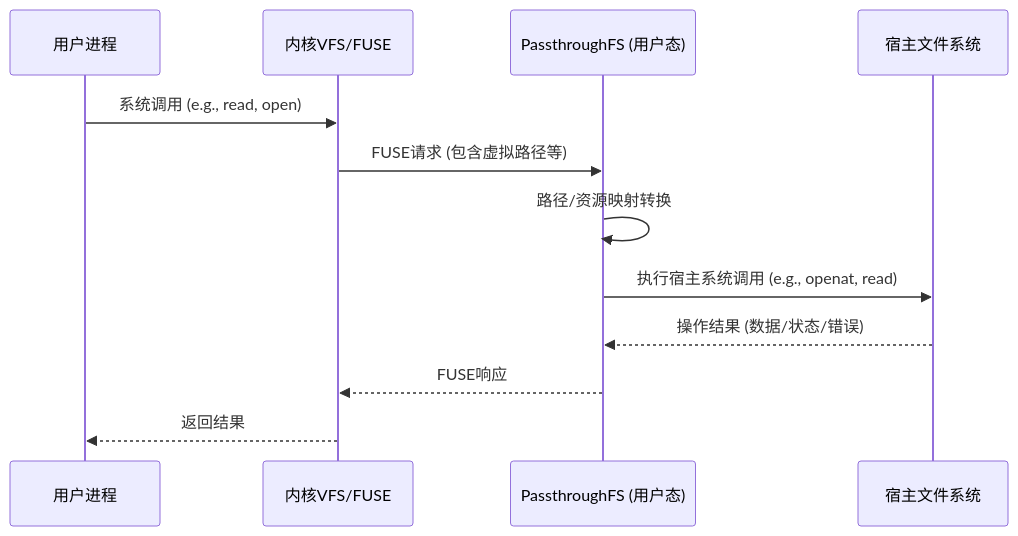
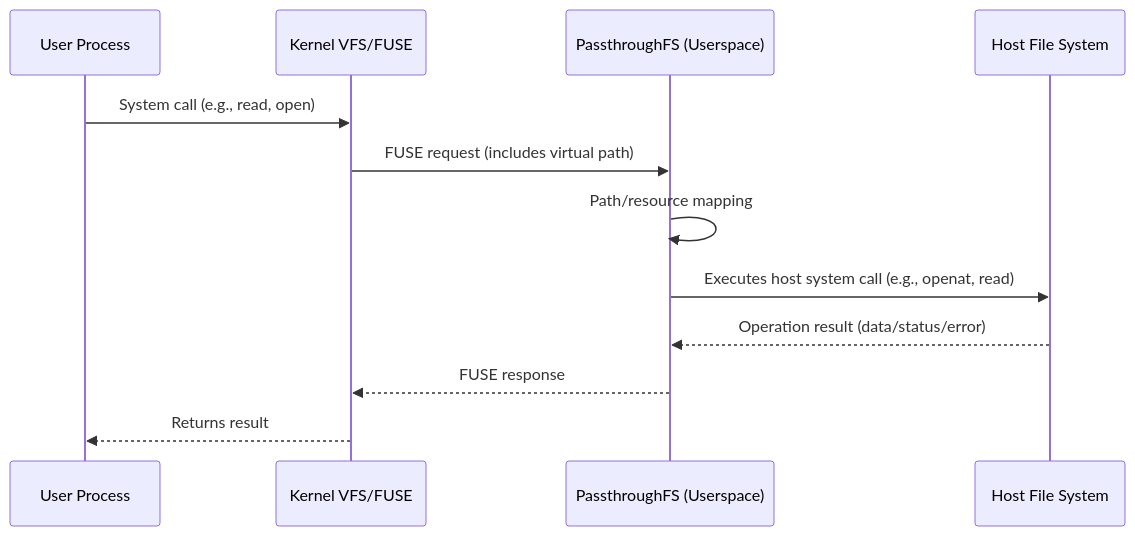
One commit to rk8s-dev/rk8s changed the third of 5 diagrams in project/libfuse-fs/docs/tech.md. Above: the diagram before and after it, drawn with Mermaid. The commit also changed other lines of this file and 1 other file, not shown here.

````diff
--- a/project/libfuse-fs/docs/tech.md
+++ b/project/libfuse-fs/docs/tech.md
@@ -251,15 +251,15 @@
-```mermaid
-sequenceDiagram
-    participant User as 用户进程
-    participant Kernel as 内核VFS/FUSE
-    participant PFS as PassthroughFS (用户态)
-    participant HostFS as 宿主文件系统
+```mermaid  
+sequenceDiagram  
+    participant User as User Process  
+    participant Kernel as Kernel VFS/FUSE  
+    participant PFS as PassthroughFS (Userspace)  
+    participant HostFS as Host File System  
 
-    User ->> Kernel: 系统调用 (e.g., read, open)
-    Kernel ->> PFS: FUSE请求 (包含虚拟路径等)
-    PFS ->> PFS: 路径/资源映射转换
-    PFS ->> HostFS: 执行宿主系统调用 (e.g., openat, read)
-    HostFS -->> PFS: 操作结果 (数据/状态/错误)
-    PFS -->> Kernel: FUSE响应
-    Kernel -->> User: 返回结果
-```
+    User ->> Kernel: System call (e.g., read, open)  
+    Kernel ->> PFS: FUSE request (includes virtual path)  
+    PFS ->> PFS: Path/resource mapping  
+    PFS ->> HostFS: Executes host system call (e.g., openat, read)  
+    HostFS -->> PFS: Operation result (data/status/error)  
+    PFS -->> Kernel: FUSE response  
+    Kernel -->> User: Returns result  
+```  
````
